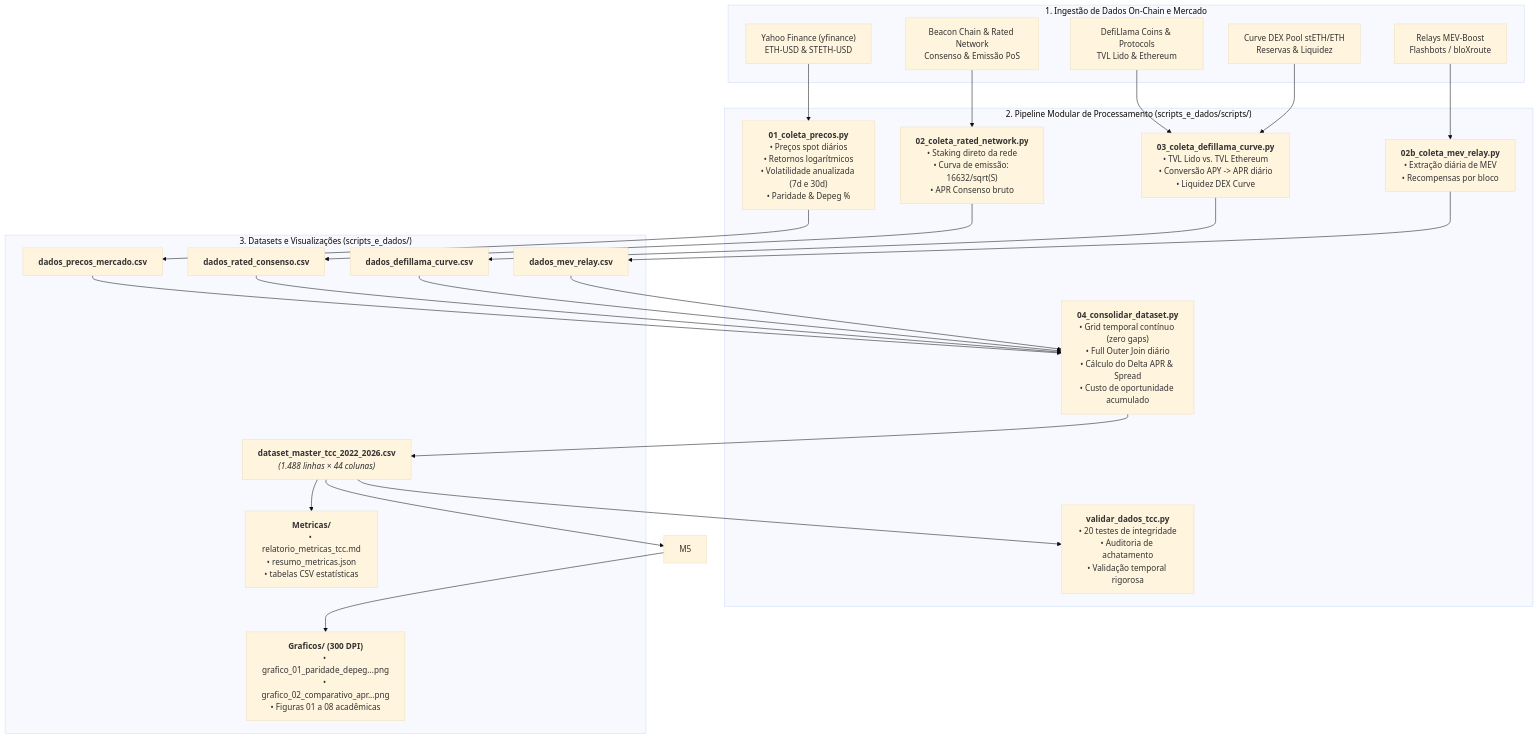
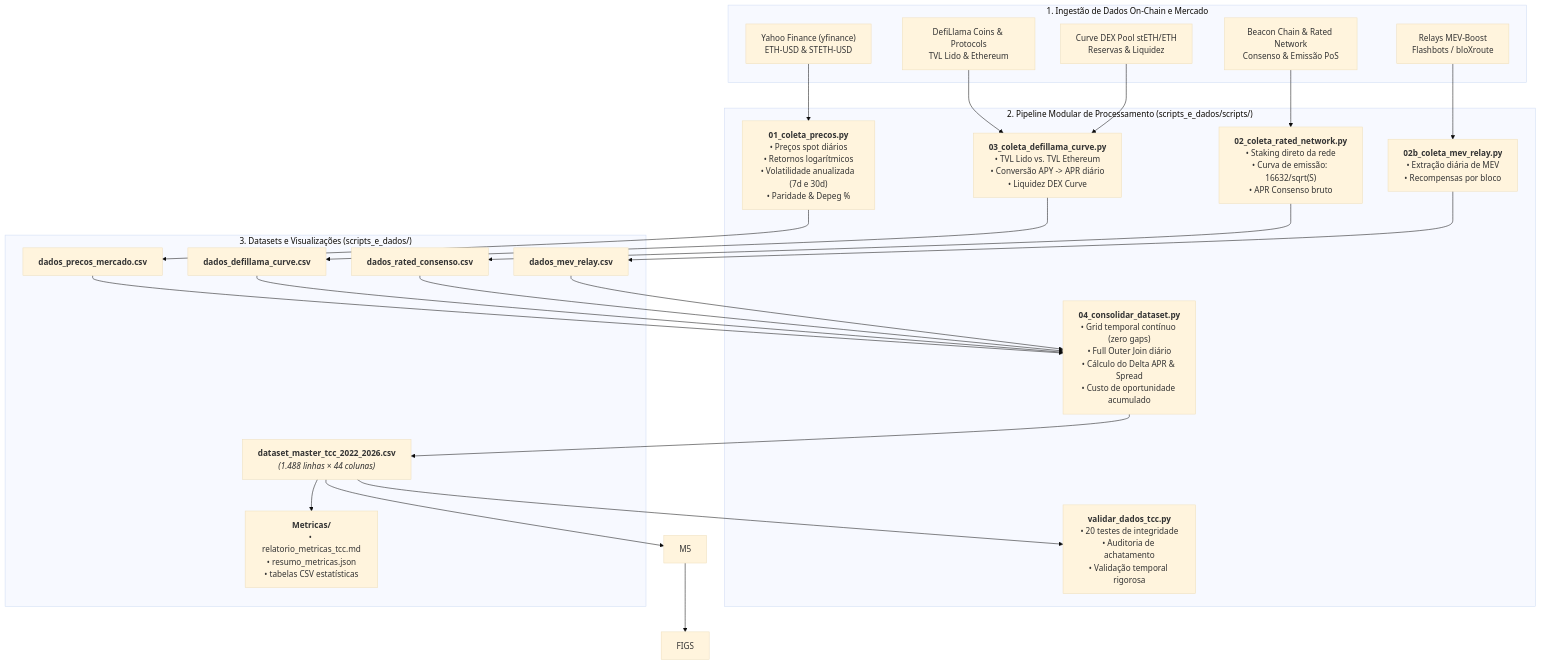
One commit to Maths0007/TCC_DEFI changed the diagram in README.md. Above: the diagram before and after it, drawn with Mermaid (base theme).

Commit message:
Remove FIGS section from README
Removed reference to FIGS section in README.

````diff
--- a/README.md
+++ b/README.md
@@ -16,51 +16,50 @@
 ```mermaid
 flowchart TD
     subgraph INGESTAO["1. Ingestão de Dados On-Chain e Mercado"]
         API1["Yahoo Finance (yfinance)<br>ETH-USD & STETH-USD"]
         API2["DefiLlama Coins & Protocols<br>TVL Lido & Ethereum"]
         API3["Curve DEX Pool stETH/ETH<br>Reservas & Liquidez"]
         API4["Beacon Chain & Rated Network<br>Consenso & Emissão PoS"]
         API5["Relays MEV-Boost<br>Flashbots / bloXroute"]
     end
 
     subgraph MODULOS["2. Pipeline Modular de Processamento (scripts_e_dados/scripts/)"]
         M1["<b>01_coleta_precos.py</b><br>• Preços spot diários<br>• Retornos logarítmicos<br>• Volatilidade anualizada (7d e 30d)<br>• Paridade & Depeg %"]
         M2["<b>02_coleta_rated_network.py</b><br>• Staking direto da rede<br>• Curva de emissão: 16632/sqrt(S)<br>• APR Consenso bruto"]
         M2b["<b>02b_coleta_mev_relay.py</b><br>• Extração diária de MEV<br>• Recompensas por bloco"]
         M3["<b>03_coleta_defillama_curve.py</b><br>• TVL Lido vs. TVL Ethereum<br>• Conversão APY -> APR diário<br>• Liquidez DEX Curve"]
         M4["<b>04_consolidar_dataset.py</b><br>• Grid temporal contínuo (zero gaps)<br>• Full Outer Join diário<br>• Cálculo do Delta APR & Spread<br>• Custo de oportunidade acumulado"]
         VAL["<b>validar_dados_tcc.py</b><br>• 20 testes de integridade<br>• Auditoria de achatamento<br>• Validação temporal rigorosa"]
     end
 
     subgraph SAIDAS["3. Datasets e Visualizações (scripts_e_dados/)"]
         D1["<b>dados_precos_mercado.csv</b>"]
         D2["<b>dados_rated_consenso.csv</b>"]
         D3["<b>dados_defillama_curve.csv</b>"]
         D4["<b>dados_mev_relay.csv</b>"]
         MASTER["<b>dataset_master_tcc_2022_2026.csv</b><br><i>(1.488 linhas × 44 colunas)</i>"]
-        FIGS["<b>Graficos/ (300 DPI)</b><br>• grafico_01_paridade_depeg...png<br>• grafico_02_comparativo_apr...png<br>• Figuras 01 a 08 acadêmicas"]
         METRICS["<b>Metricas/</b><br>• relatorio_metricas_tcc.md<br>• resumo_metricas.json<br>• tabelas CSV estatísticas"]
     end
 
     API1 --> M1
     API2 --> M3
     API3 --> M3
     API4 --> M2
     API5 --> M2b
 
     M1 --> D1
     M2 --> D2
     M2b --> D4
     M3 --> D3
 
     D1 --> M4
     D2 --> M4
     D3 --> M4
     D4 --> M4
 
     M4 --> MASTER
     MASTER --> VAL
     MASTER --> M5
     M5 --> FIGS
     MASTER --> METRICS
 ```
````
